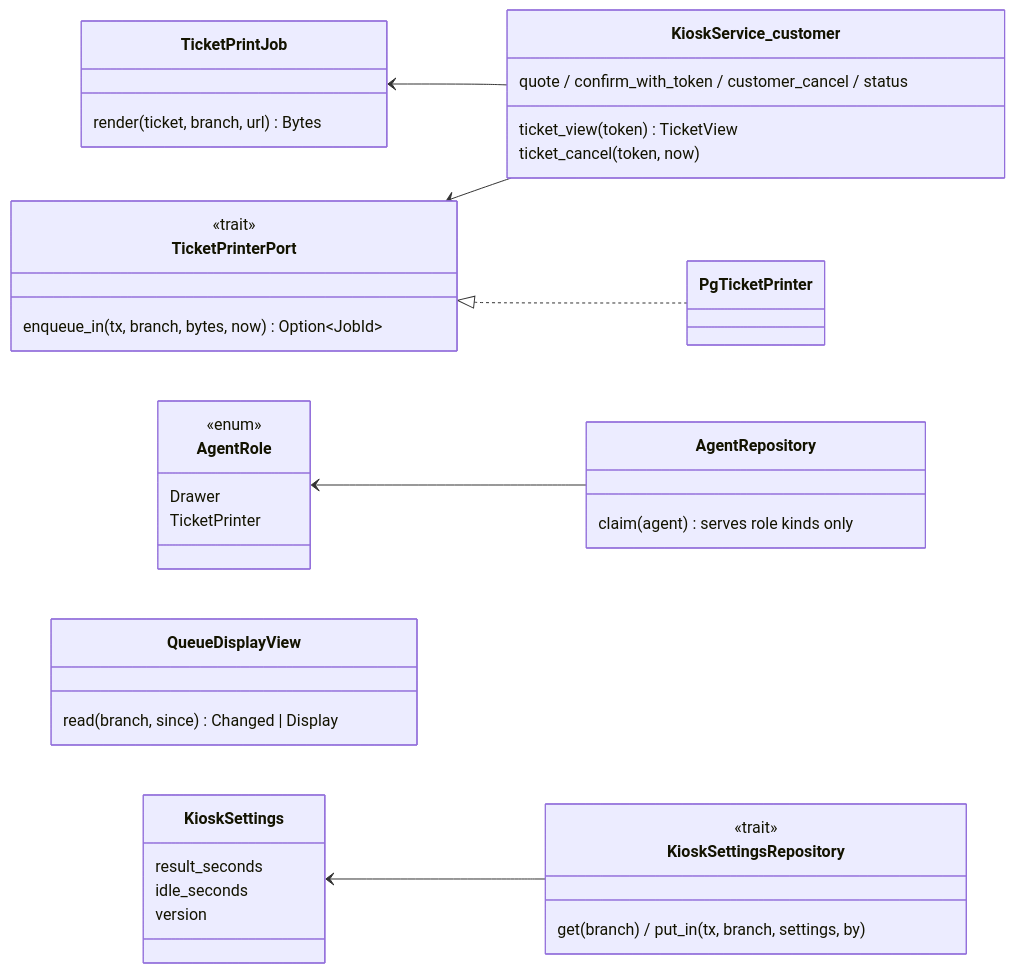
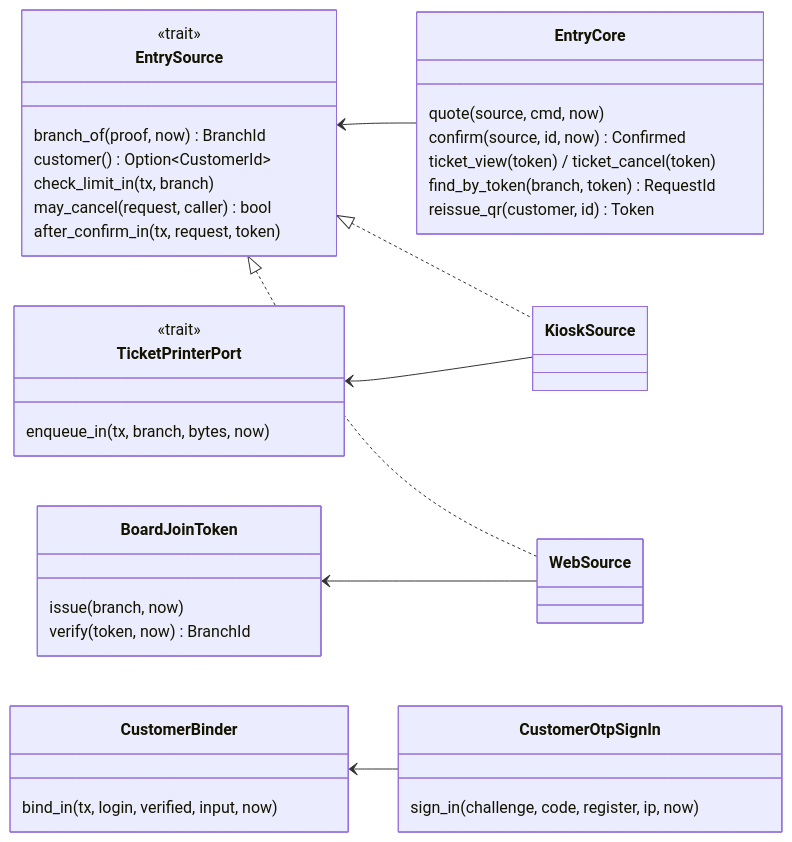
One commit to yuthstyle88/xchange-dev changed the diagram in docs/design/blueprint/kiosk-shared-phone.md. Above: the diagram before and after it, drawn with Mermaid. The commit also changed other lines of this file, not shown here.

First line of the commit message:
docs(design): kiosk-shared-phone §4 — final: two sources (kiosk ticket, web member) on one entry core

````diff
--- a/docs/design/blueprint/kiosk-shared-phone.md
+++ b/docs/design/blueprint/kiosk-shared-phone.md
@@ -148,42 +168,41 @@
 ```mermaid
 classDiagram
   direction LR
-  class KioskService_customer {
-    quote / confirm_with_token / customer_cancel / status
-    ticket_view(token) TicketView
-    ticket_cancel(token, now)
+  class EntryCore {
+    quote(source, cmd, now)
+    confirm(source, id, now) Confirmed
+    ticket_view(token) / ticket_cancel(token)
+    find_by_token(branch, token) RequestId
+    reissue_qr(customer, id) Token
   }
-  class TicketPrintJob {
-    render(ticket, branch, url) Bytes
+  class EntrySource {
+    <<trait>>
+    branch_of(proof, now) BranchId
+    customer() Option~CustomerId~
+    check_limit_in(tx, branch)
+    may_cancel(request, caller) bool
+    after_confirm_in(tx, request, token)
+  }
+  class KioskSource
+  class WebSource
+  class BoardJoinToken {
+    issue(branch, now)
+    verify(token, now) BranchId
   }
   class TicketPrinterPort {
     <<trait>>
-    enqueue_in(tx, branch, bytes, now) Option~JobId~
+    enqueue_in(tx, branch, bytes, now)
   }
-  class PgTicketPrinter
-  class AgentRole {
-    <<enum>>
-    Drawer
-    TicketPrinter
+  class CustomerBinder {
+    bind_in(tx, login, verified, input, now)
   }
-  class AgentRepository {
-    claim(agent) serves role kinds only
+  class CustomerOtpSignIn {
+    sign_in(challenge, code, register, ip, now)
   }
-  class QueueDisplayView {
-    read(branch, since) Changed | Display
-  }
-  class KioskSettings {
-    result_seconds
-    idle_seconds
-    version
-  }
-  class KioskSettingsRepository {
-    <<trait>>
-    get(branch) / put_in(tx, branch, settings, by)
-  }
-  TicketPrintJob <-- KioskService_customer
-  TicketPrinterPort <-- KioskService_customer
-  TicketPrinterPort <|.. PgTicketPrinter
-  AgentRole <-- AgentRepository
-  KioskSettings <-- KioskSettingsRepository
+  EntrySource <-- EntryCore
+  EntrySource <|.. KioskSource
+  EntrySource <|.. WebSource
+  BoardJoinToken <-- WebSource
+  TicketPrinterPort <-- KioskSource
+  CustomerBinder <-- CustomerOtpSignIn
 ```
````
